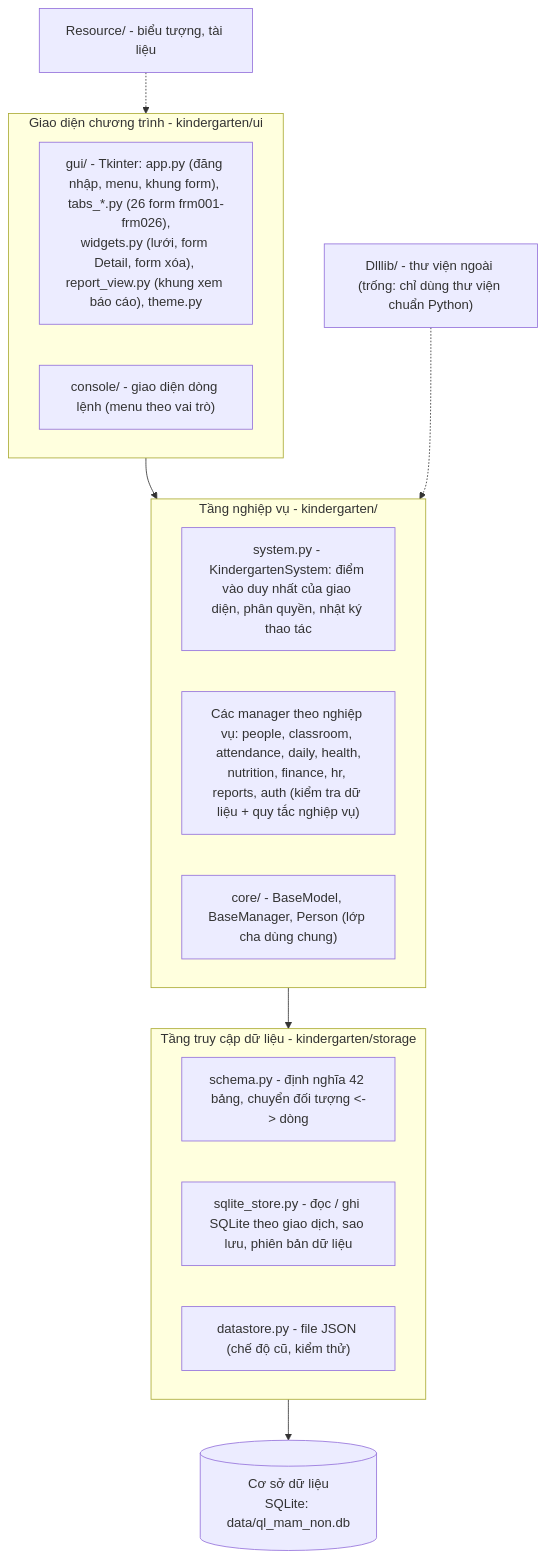
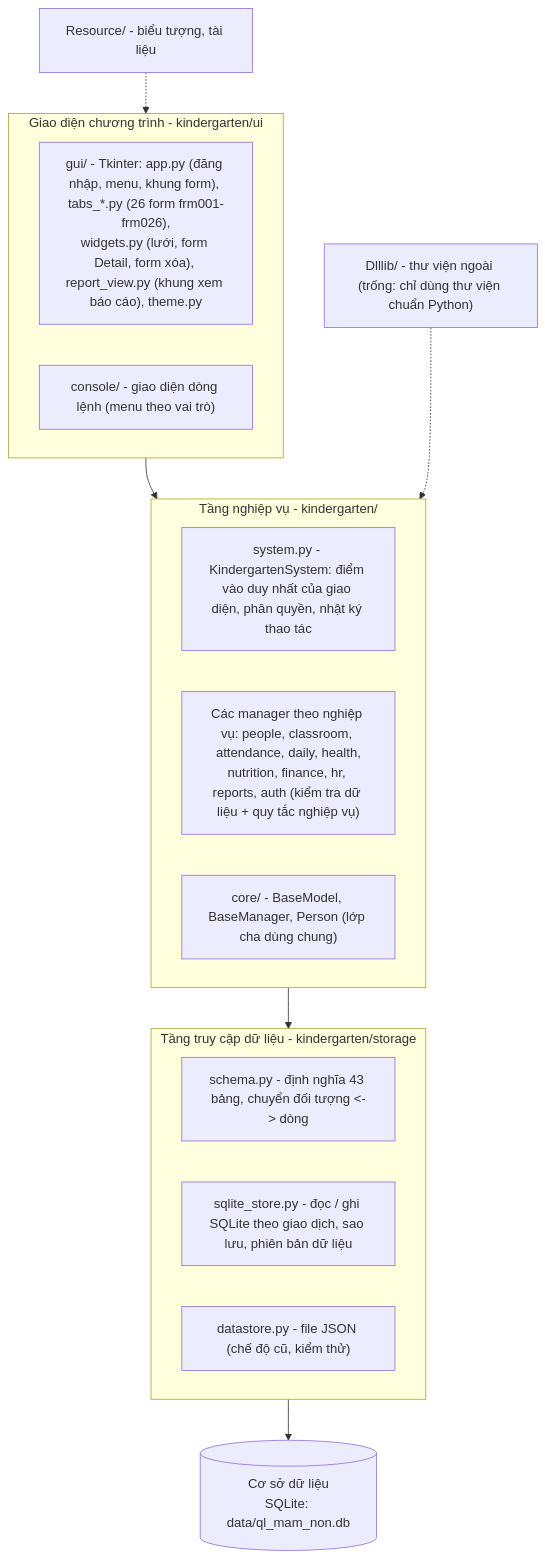
Before and after one commit to PhuPA26/Kindergarten-Management-System: the diagram in Resource/TaiLieu/04_CaiDat.md, drawn with Mermaid. The commit also changed other lines of this file and 18 other files, not shown here.

````diff
--- a/Resource/TaiLieu/04_CaiDat.md
+++ b/Resource/TaiLieu/04_CaiDat.md
@@ -8,23 +8,23 @@
 ```mermaid
 flowchart TB
     subgraph GD["Giao diện chương trình - kindergarten/ui"]
         G1["gui/ - Tkinter: app.py (đăng nhập, menu, khung form), tabs_*.py (26 form frm001-frm026),<br/>widgets.py (lưới, form Detail, form xóa), report_view.py (khung xem báo cáo), theme.py"]
         G2["console/ - giao diện dòng lệnh (menu theo vai trò)"]
     end
     subgraph NV["Tầng nghiệp vụ - kindergarten/"]
         N1["system.py - KindergartenSystem: điểm vào duy nhất của giao diện, phân quyền, nhật ký thao tác"]
         N2["Các manager theo nghiệp vụ: people, classroom, attendance, daily, health,<br/>nutrition, finance, hr, reports, auth (kiểm tra dữ liệu + quy tắc nghiệp vụ)"]
         N3["core/ - BaseModel, BaseManager, Person (lớp cha dùng chung)"]
     end
     subgraph TC["Tầng truy cập dữ liệu - kindergarten/storage"]
-        T1["schema.py - định nghĩa 42 bảng, chuyển đối tượng <-> dòng"]
+        T1["schema.py - định nghĩa 43 bảng, chuyển đối tượng <-> dòng"]
         T2["sqlite_store.py - đọc / ghi SQLite theo giao dịch, sao lưu, phiên bản dữ liệu"]
         T3["datastore.py - file JSON (chế độ cũ, kiểm thử)"]
     end
     DB[("Cơ sở dữ liệu<br/>SQLite: data/ql_mam_non.db")]
     RES["Resource/ - biểu tượng, tài liệu"]
     LIB["Dlllib/ - thư viện ngoài (trống: chỉ dùng thư viện chuẩn Python)"]
     GD --> NV --> TC --> DB
     RES -.-> GD
     LIB -.-> NV
 ```
````
